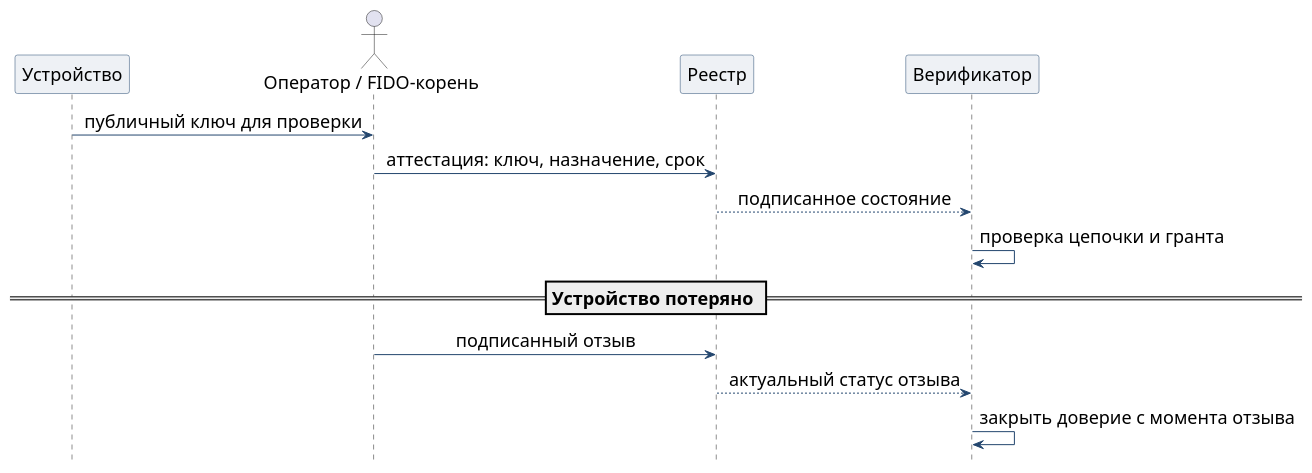
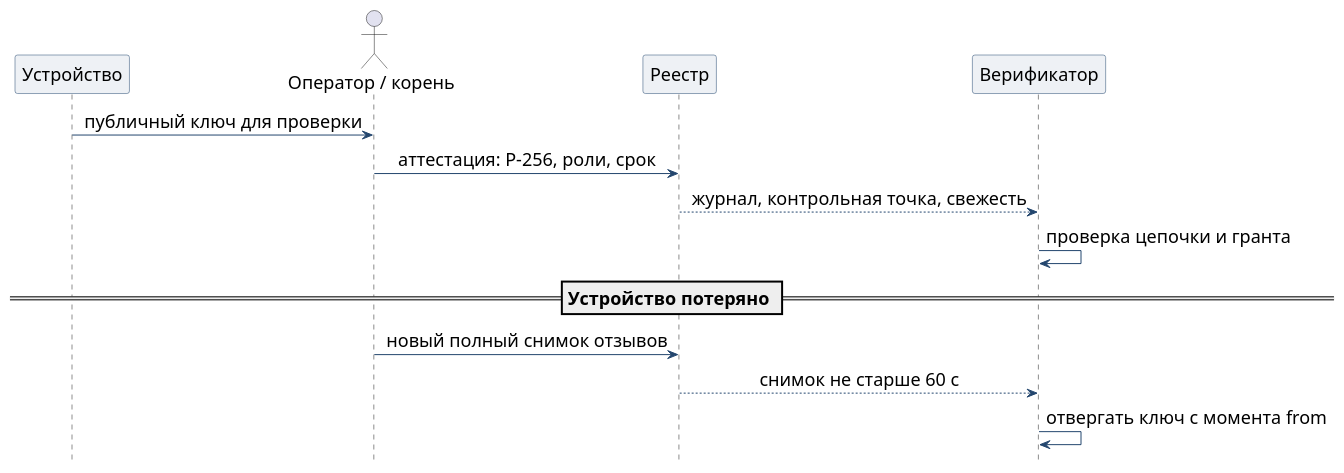
Before and after one commit to relux-works/swarma-docs: the diagram in editorial/notes/signing-auth/src/device-lifecycle.puml, drawn with PlantUML. The commit also changed 35 other files, not shown here.

```diff
--- a/editorial/notes/signing-auth/src/device-lifecycle.puml
+++ b/editorial/notes/signing-auth/src/device-lifecycle.puml
@@ -1,22 +1,22 @@
 @startuml
 skinparam defaultFontName PT Sans
 skinparam defaultFontSize 18
 skinparam sequenceMessageAlign center
 skinparam shadowing false
 skinparam ParticipantBackgroundColor #eef1f5
 skinparam ParticipantBorderColor #23466e
 skinparam ArrowColor #23466e
 hide footbox
 participant "Устройство" as device
-actor "Оператор / FIDO-корень" as root
+actor "Оператор / корень" as root
 participant Реестр as registry
 participant Верификатор as verifier
 device -> root : публичный ключ для проверки
-root -> registry : аттестация: ключ, назначение, срок
-registry --> verifier : подписанное состояние
+root -> registry : аттестация: P-256, роли, срок
+registry --> verifier : журнал, контрольная точка, свежесть
 verifier -> verifier : проверка цепочки и гранта
 == Устройство потеряно ==
-root -> registry : подписанный отзыв
-registry --> verifier : актуальный статус отзыва
-verifier -> verifier : закрыть доверие с момента отзыва
+root -> registry : новый полный снимок отзывов
+registry --> verifier : снимок не старше 60 с
+verifier -> verifier : отвергать ключ с момента from
 @enduml
```
